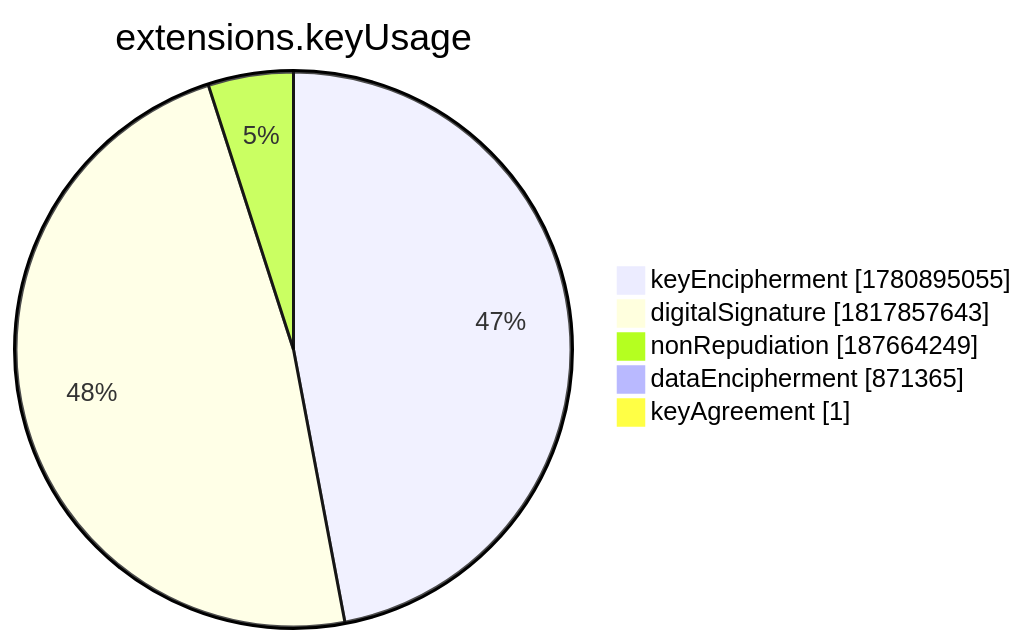
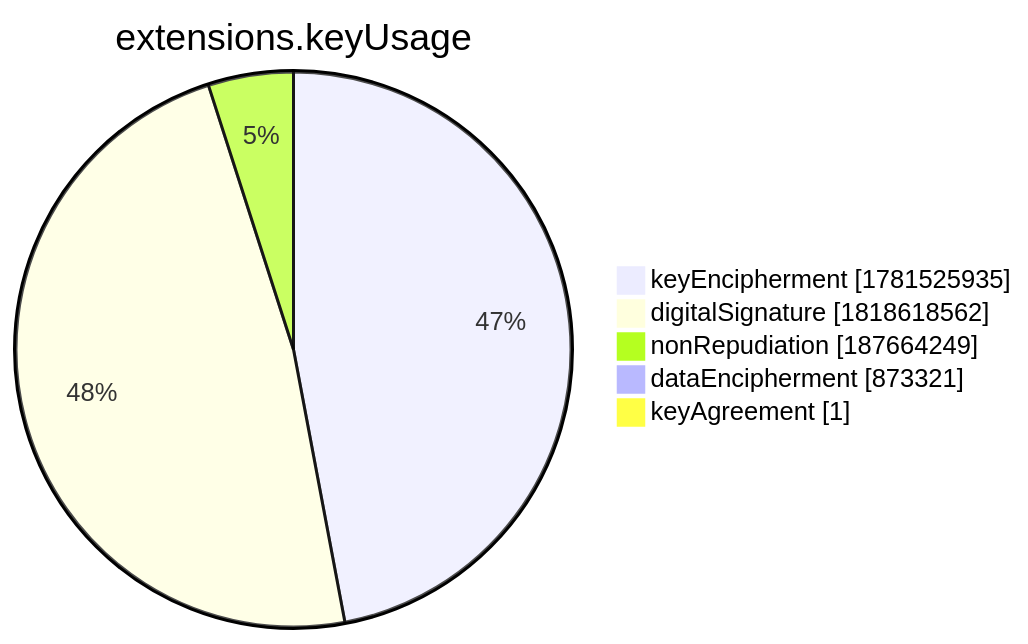
Before and after one commit to christiankrug/ctmonitor_visualization: the seventh of 15 diagrams in xenon2022/README.md, drawn with Mermaid. The commit also changed other lines of this file, not shown here.

````diff
--- a/xenon2022/README.md
+++ b/xenon2022/README.md
@@ -2859,9 +2859,9 @@
 ```mermaid
 pie showData
 title extensions.keyUsage
-"keyEncipherment" :1780895055
-"digitalSignature" :1817857643
+"keyEncipherment" :1781525935
+"digitalSignature" :1818618562
 "nonRepudiation" :187664249
-"dataEncipherment" :871365
+"dataEncipherment" :873321
 "keyAgreement" :1
 ```
````
